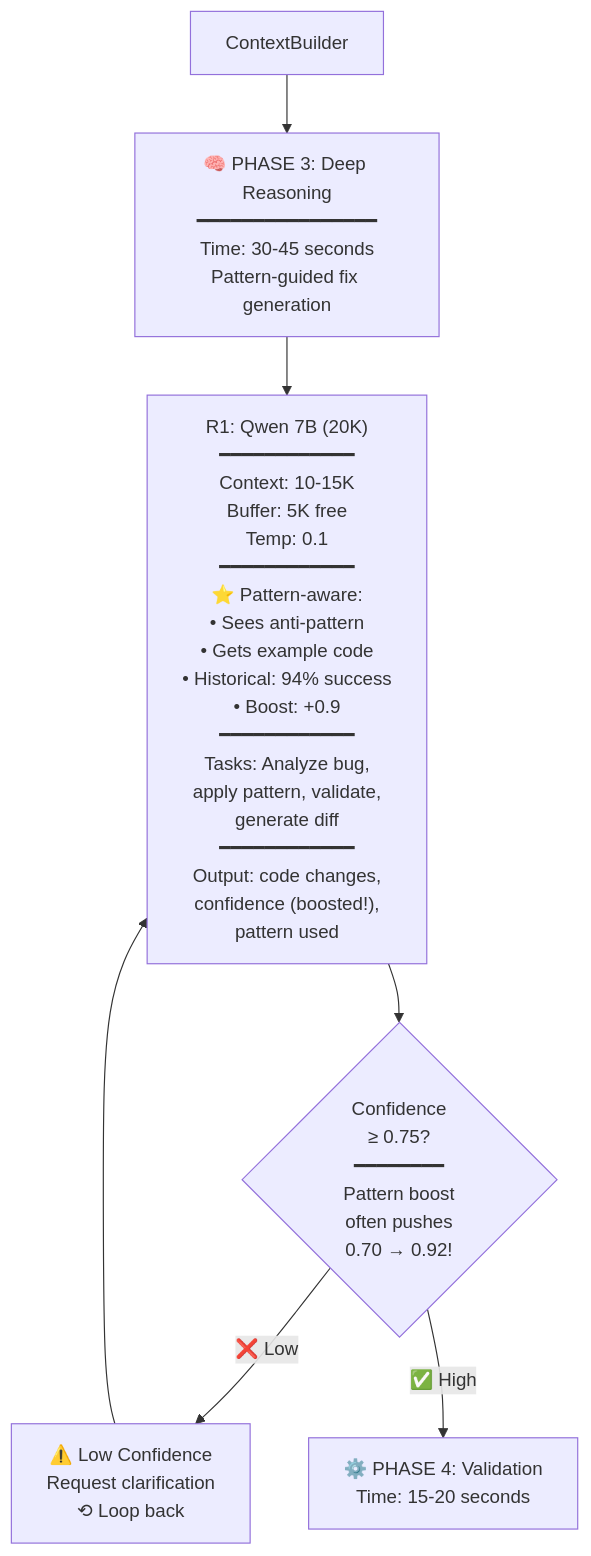
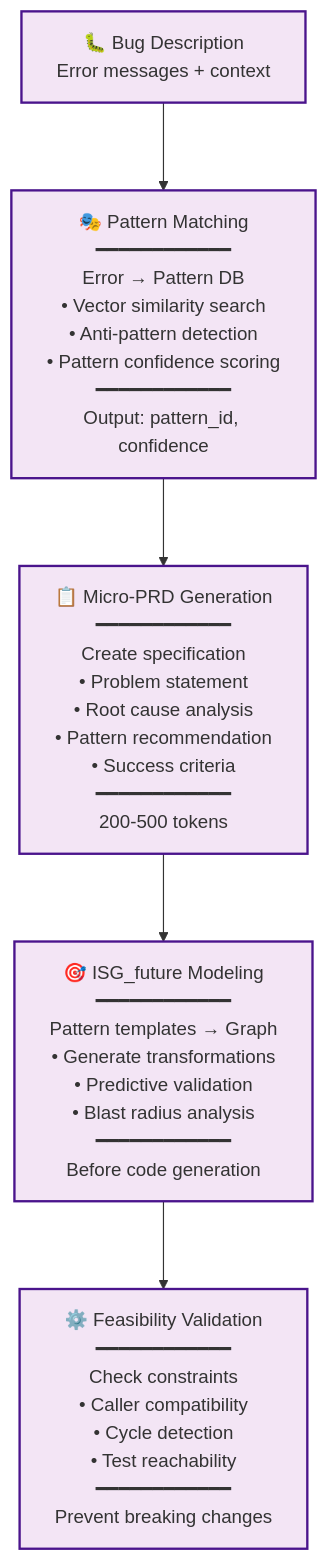
One commit to that-in-rust/transfiguration changed the third of 5 diagrams in Insp09_ActiveWorkspaces_StrategicInitiatives/Insp04_PRD202510/P21_ArchV01.md. Above: the diagram before and after it, drawn with Mermaid. The commit also changed other lines of this file and 1 other file, not shown here.

````diff
--- a/Insp09_ActiveWorkspaces_StrategicInitiatives/Insp04_PRD202510/P21_ArchV01.md
+++ b/Insp09_ActiveWorkspaces_StrategicInitiatives/Insp04_PRD202510/P21_ArchV01.md
@@ -223,13 +135,26 @@
 ```mermaid
+---
+config:
+  flowchart:
+    nodeSpacing: 75
+    rankSpacing: 75
+    curve: basis
+---
 flowchart TD
-    ContextBuilder --> Phase3["🧠 PHASE 3: Deep Reasoning<br/>━━━━━━━━━━━━━━━━<br/>Time: 30-45 seconds<br/>Pattern-guided fix generation"]
+    %% Pattern-Guided ISG Transformation
+    BugInput["🐛 Bug Description<br/>Error messages + context"]
+    PatternMatching["🎭 Pattern Matching<br/>━━━━━━━━━━━━<br/>Error → Pattern DB<br/>• Vector similarity search<br/>• Anti-pattern detection<br/>• Pattern confidence scoring<br/>━━━━━━━━━━━━<br/>Output: pattern_id, confidence"]
+    MicroPRD["📋 Micro-PRD Generation<br/>━━━━━━━━━━━━<br/>Create specification<br/>• Problem statement<br/>• Root cause analysis<br/>• Pattern recommendation<br/>• Success criteria<br/>━━━━━━━━━━━━<br/>200-500 tokens"]
+    ISGFutureModeling["🎯 ISG_future Modeling<br/>━━━━━━━━━━━━<br/>Pattern templates → Graph<br/>• Generate transformations<br/>• Predictive validation<br/>• Blast radius analysis<br/>━━━━━━━━━━━━<br/>Before code generation"]
+    FeasibilityCheck["⚙️ Feasibility Validation<br/>━━━━━━━━━━━━<br/>Check constraints<br/>• Caller compatibility<br/>• Cycle detection<br/>• Test reachability<br/>━━━━━━━━━━━━<br/>Prevent breaking changes"]
 
-    Phase3 --> R1["R1: Qwen 7B (20K)<br/>━━━━━━━━━━━━<br/>Context: 10-15K<br/>Buffer: 5K free<br/>Temp: 0.1<br/>━━━━━━━━━━━━<br/>⭐ Pattern-aware:<br/>• Sees anti-pattern<br/>• Gets example code<br/>• Historical: 94% success<br/>• Boost: +0.9<br/>━━━━━━━━━━━━<br/>Tasks: Analyze bug,<br/>apply pattern, validate,<br/>generate diff<br/>━━━━━━━━━━━━<br/>Output: code changes,<br/>confidence (boosted!),<br/>pattern used"]
+    BugInput --> PatternMatching
+    PatternMatching --> MicroPRD
+    MicroPRD --> ISGFutureModeling
+    ISGFutureModeling --> FeasibilityCheck
 
-    R1 --> ConfidenceCheck{"Confidence<br/>≥ 0.75?<br/>━━━━━━━━<br/>Pattern boost<br/>often pushes<br/>0.70 → 0.92!"}
+    %% Styling
+    classDef processClass fill:#f3e5f5,stroke:#4a148c,stroke-width:2px
 
-    ConfidenceCheck -->|❌ Low| IterateR1["⚠️ Low Confidence<br/>Request clarification<br/>⟲ Loop back"]
-    IterateR1 --> R1
-
-    ConfidenceCheck -->|✅ High| Phase4["⚙️ PHASE 4: Validation<br/>Time: 15-20 seconds"]
+    class BugInput,PatternMatching,MicroPRD,ISGFutureModeling,FeasibilityCheck processClass
 ```
````
